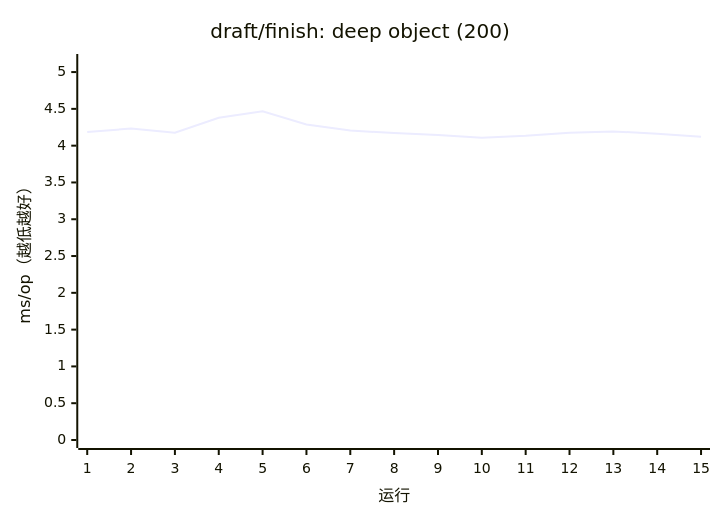
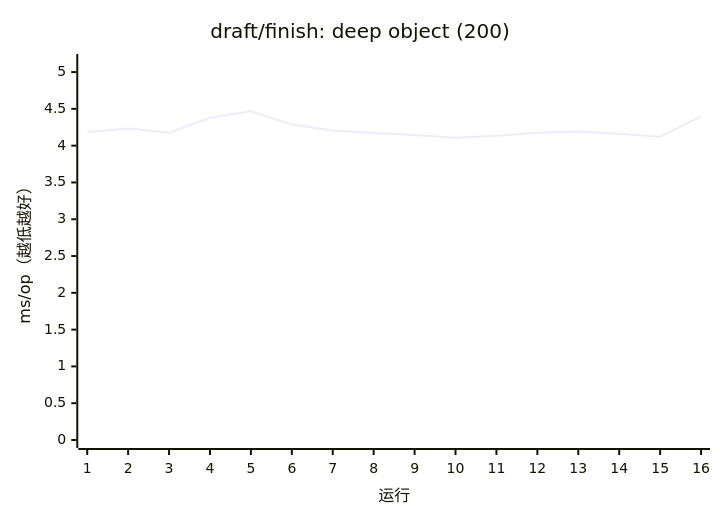
Before and after one commit to AIluffy/io: the seventh of 17 diagrams in apps/docs/src/content/docs/guides/benchmark.mdx, drawn with Mermaid. The commit also changed other lines of this file and 25 other files, not shown here.

````diff
--- a/apps/docs/src/content/docs/guides/benchmark.mdx
+++ b/apps/docs/src/content/docs/guides/benchmark.mdx
@@ -283,7 +266,7 @@
 ```mermaid
 xychart-beta
   title "draft/finish: deep object (200)"
-  x-axis "运行" [1, 2, 3, 4, 5, 6, 7, 8, 9, 10, 11, 12, 13, 14, 15]
+  x-axis "运行" [1, 2, 3, 4, 5, 6, 7, 8, 9, 10, 11, 12, 13, 14, 15, 16]
   y-axis "ms/op（越低越好）" 0 --> 5.1369
-  line [4.1858, 4.2331, 4.1749, 4.3797, 4.4669, 4.2879, 4.2048, 4.1722, 4.1463, 4.107, 4.135, 4.1764, 4.1937, 4.1622, 4.1215]
+  line [4.1858, 4.2331, 4.1749, 4.3797, 4.4669, 4.2879, 4.2048, 4.1722, 4.1463, 4.107, 4.135, 4.1764, 4.1937, 4.1622, 4.1215, 4.3975]
 ```
````
